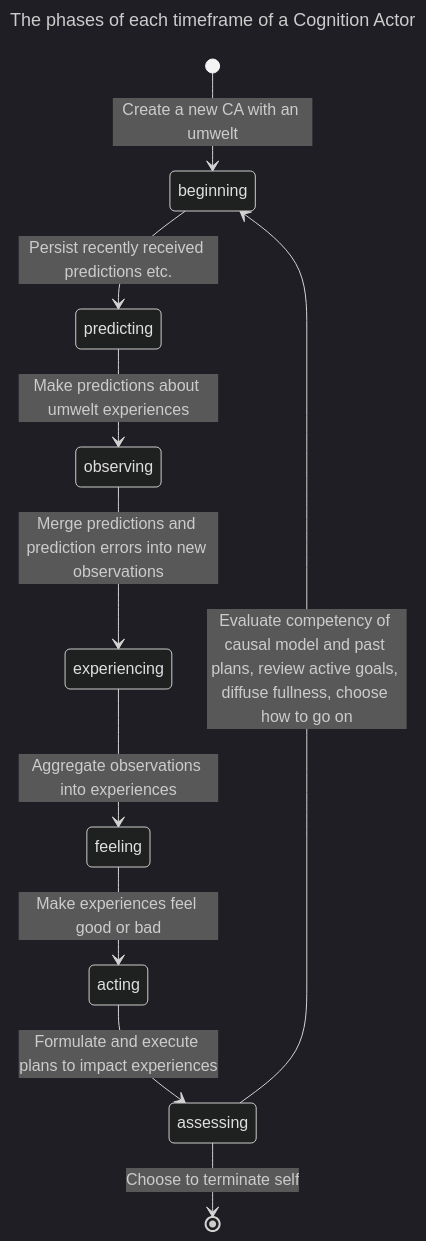
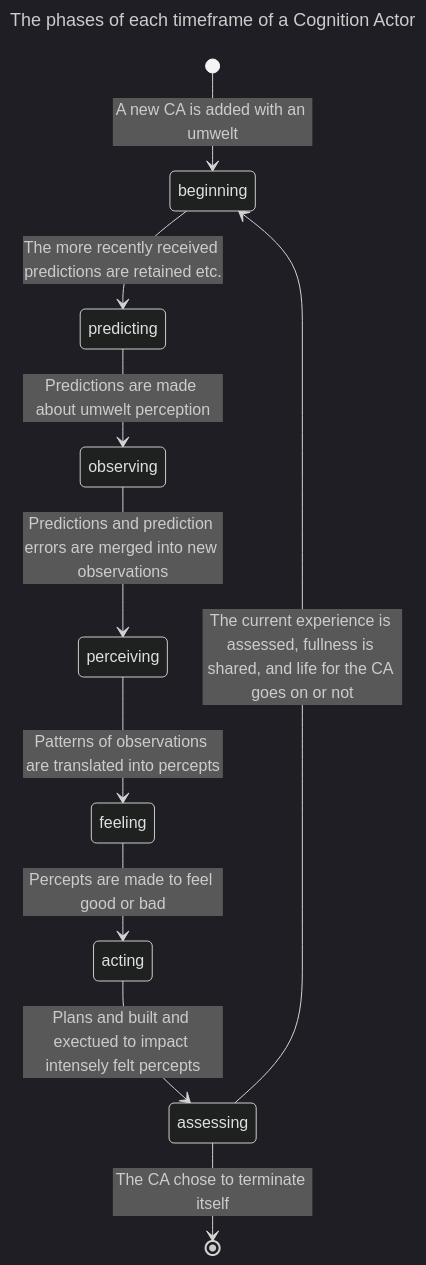
The first of 2 diagrams in research_fellowship/symposium 2026.md (jfcloutier/karma_system), drawn with Mermaid (dark theme) before and after one commit. The commit also changed other lines of this file, not shown here.

Commit message:
Reviewd symposium narrative - experiences vs percepts

````diff
--- a/research_fellowship/symposium 2026.md
+++ b/research_fellowship/symposium 2026.md
@@ -76,15 +80,15 @@
 ```mermaid
 ---
 title: The phases of each timeframe of a Cognition Actor
 ---
 stateDiagram-v2
-    [*] --> beginning : Create a new CA with an umwelt
-    beginning --> predicting: Persist recently received predictions etc.
-    predicting --> observing: Make predictions about umwelt experiences
-    observing --> experiencing: Merge predictions and prediction errors into new observations
-    experiencing --> feeling: Aggregate observations into experiences
-    feeling --> acting: Make experiences feel good or bad
-    acting --> assessing: Formulate and execute plans to impact experiences
-    assessing --> beginning: Evaluate competency of causal model and past plans, review active goals, diffuse fullness, choose how to go on
-    assessing --> [*]: Choose to terminate self
+    [*] --> beginning : A new CA is added with an umwelt
+    beginning --> predicting: The more recently received predictions are retained etc.
+    predicting --> observing: Predictions are made about umwelt perception
+    observing --> perceiving: Predictions and prediction errors are merged into new observations
+    perceiving --> feeling: Patterns of observations are translated into percepts
+    feeling --> acting: Percepts are made to feel good or bad
+    acting --> assessing: Plans and built and exectued to impact intensely felt percepts
+    assessing --> beginning: The current experience is assessed, fullness is shared, and life for the CA goes on or not
+    assessing --> [*]: The CA chose to terminate itself
 ```
````
